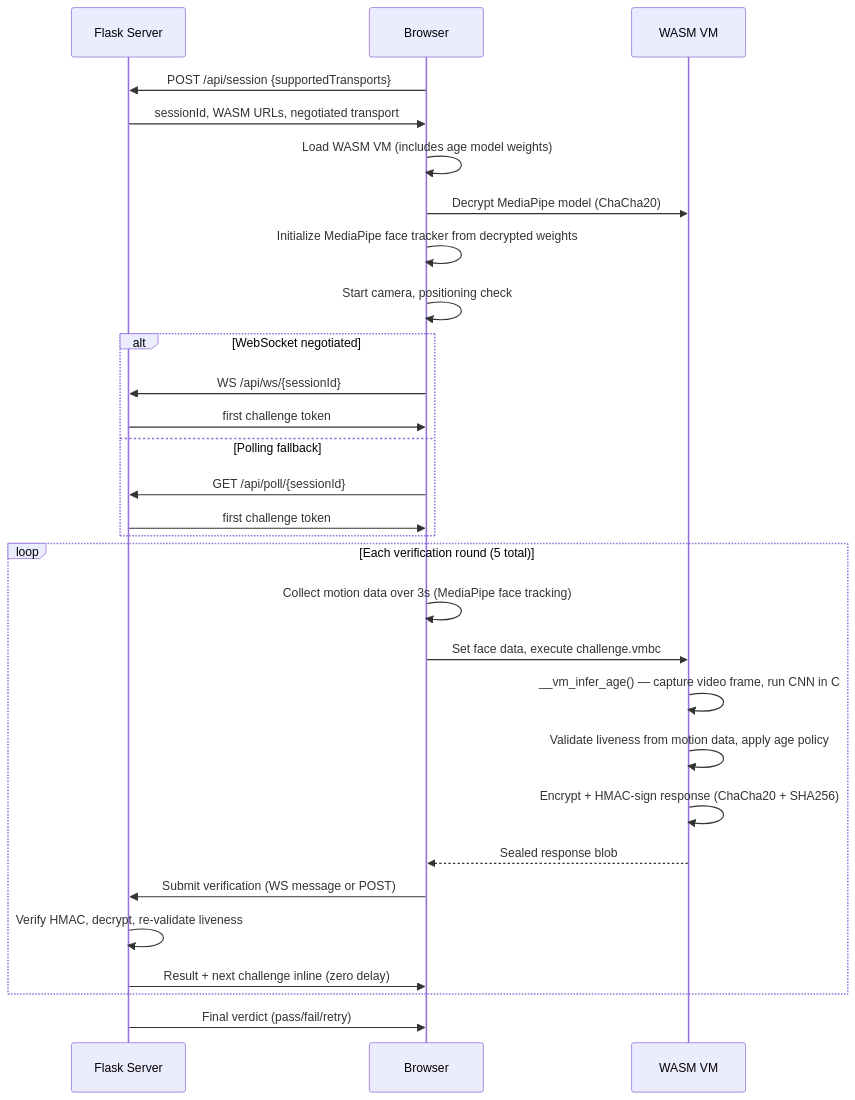
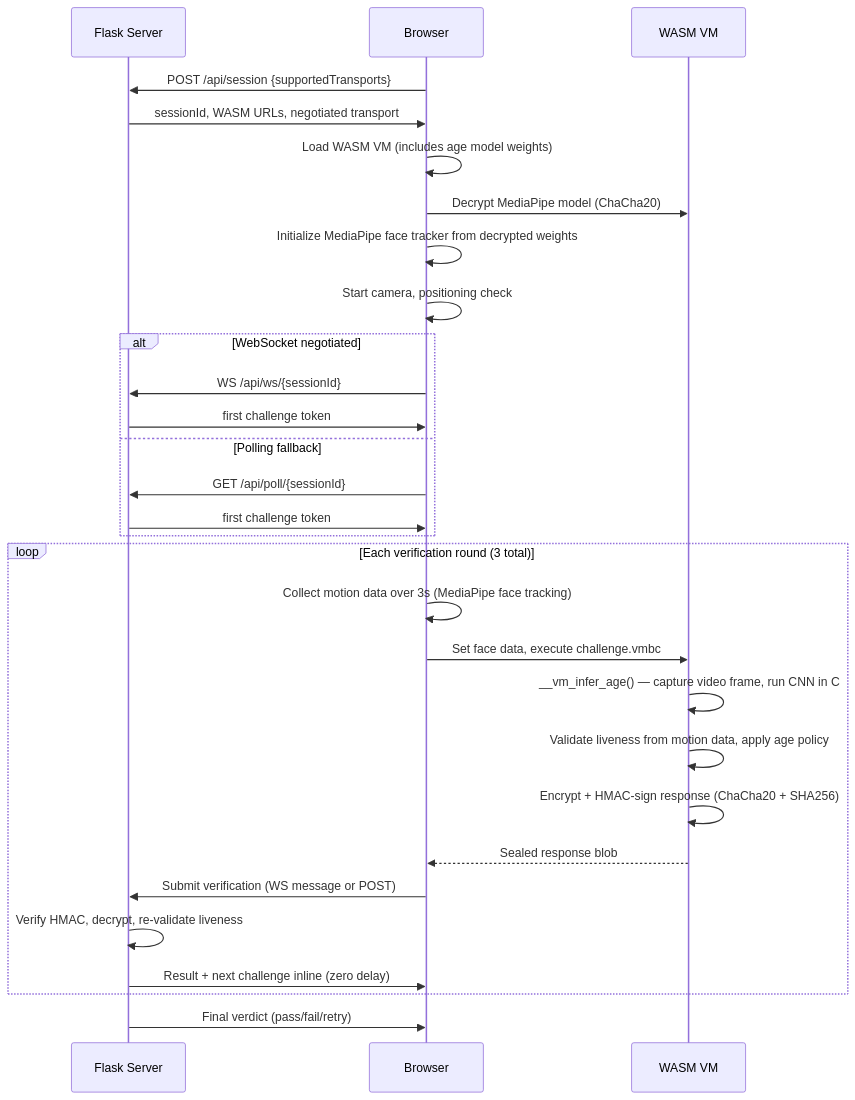
The diagram in README.md (tn3w/OpenAge), drawn with Mermaid before and after one commit. The commit also changed other lines of this file and 6 other files, not shown here.

````diff
--- a/README.md
+++ b/README.md
@@ -18,36 +18,36 @@
 ```mermaid
 sequenceDiagram
     participant S as Flask Server
     participant B as Browser
     participant W as WASM VM
 
     B->>S: POST /api/session {supportedTransports}
     S->>B: sessionId, WASM URLs, negotiated transport
 
     B->>B: Load WASM VM (includes age model weights)
     B->>W: Decrypt MediaPipe model (ChaCha20)
     B->>B: Initialize MediaPipe face tracker from decrypted weights
     B->>B: Start camera, positioning check
 
     alt WebSocket negotiated
         B->>S: WS /api/ws/{sessionId}
         S->>B: first challenge token
     else Polling fallback
         B->>S: GET /api/poll/{sessionId}
         S->>B: first challenge token
     end
 
-    loop Each verification round (5 total)
+    loop Each verification round (3 total)
         B->>B: Collect motion data over 3s (MediaPipe face tracking)
         B->>W: Set face data, execute challenge.vmbc
         W->>W: __vm_infer_age() — capture video frame, run CNN in C
         W->>W: Validate liveness from motion data, apply age policy
         W->>W: Encrypt + HMAC-sign response (ChaCha20 + SHA256)
         W-->>B: Sealed response blob
         B->>S: Submit verification (WS message or POST)
         S->>S: Verify HMAC, decrypt, re-validate liveness
         S->>B: Result + next challenge inline (zero delay)
     end
 
     S->>B: Final verdict (pass/fail/retry)
 ```
````
